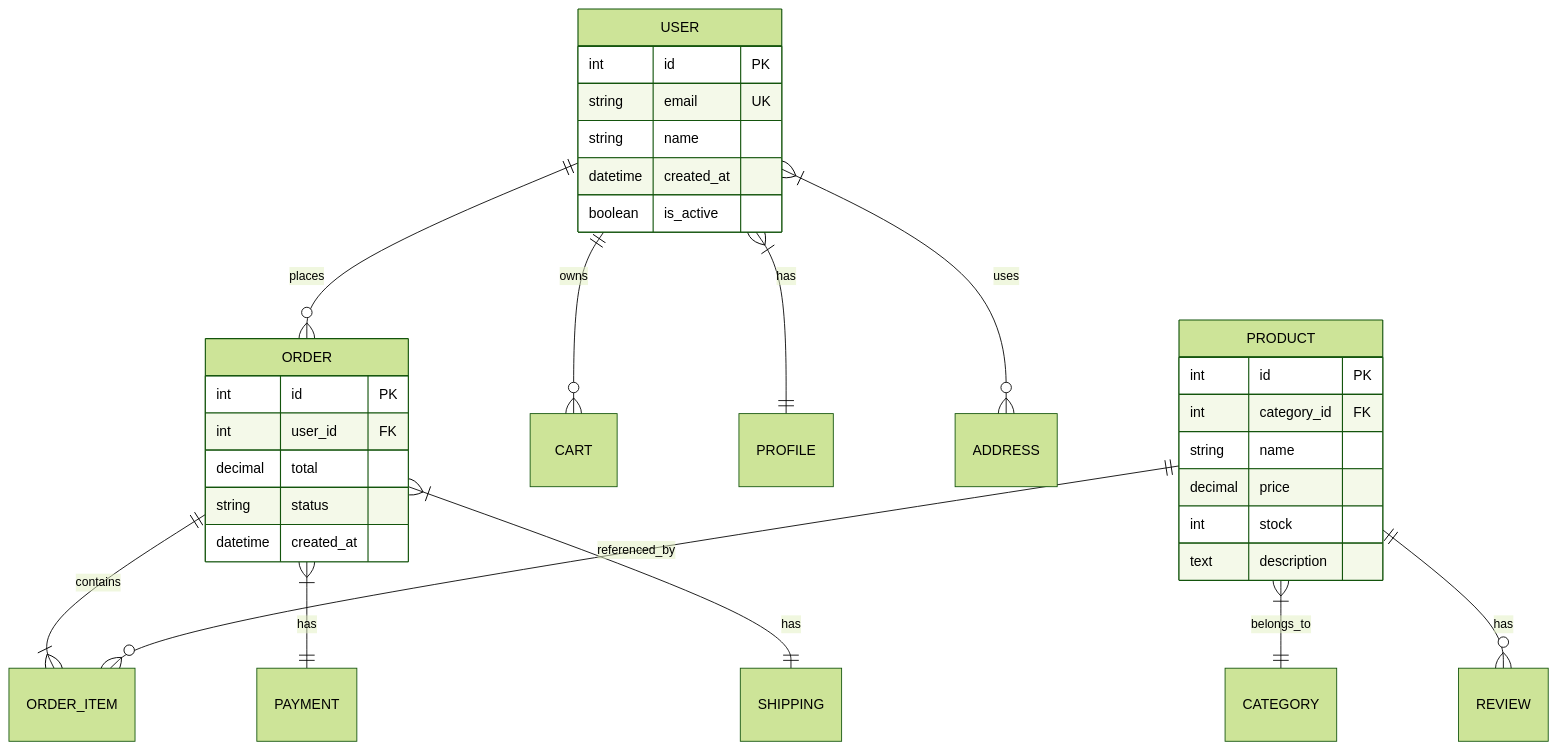
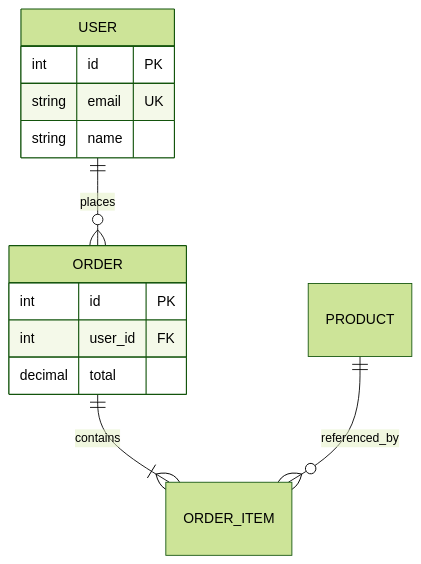
The fifth of 9 diagrams in .cursor/agents/development/mermaid-specialist.md (marciocar/onion-cursor), drawn with Mermaid (forest theme) before and after one commit. The commit also changed other lines of this file and 207 other files, not shown here.

````diff
--- a/.cursor/agents/development/mermaid-specialist.md
+++ b/.cursor/agents/development/mermaid-specialist.md
@@ -607,40 +135,18 @@
 ```mermaid
 erDiagram
     USER ||--o{ ORDER : places
-    USER ||--o{ CART : owns
-    USER }|--|| PROFILE : has
-    USER }|--o{ ADDRESS : uses
-    
     ORDER ||--|{ ORDER_ITEM : contains
-    ORDER }|--|| PAYMENT : has
-    ORDER }|--|| SHIPPING : has
-    
     PRODUCT ||--o{ ORDER_ITEM : referenced_by
-    PRODUCT }|--|| CATEGORY : belongs_to
-    PRODUCT ||--o{ REVIEW : has
     
     USER {
         int id PK
         string email UK
         string name
-        datetime created_at
-        boolean is_active
     }
     
     ORDER {
         int id PK
         int user_id FK
         decimal total
-        string status
-        datetime created_at
-    }
-    
-    PRODUCT {
-        int id PK
-        int category_id FK
-        string name
-        decimal price
-        int stock
-        text description
     }
 ```
````
